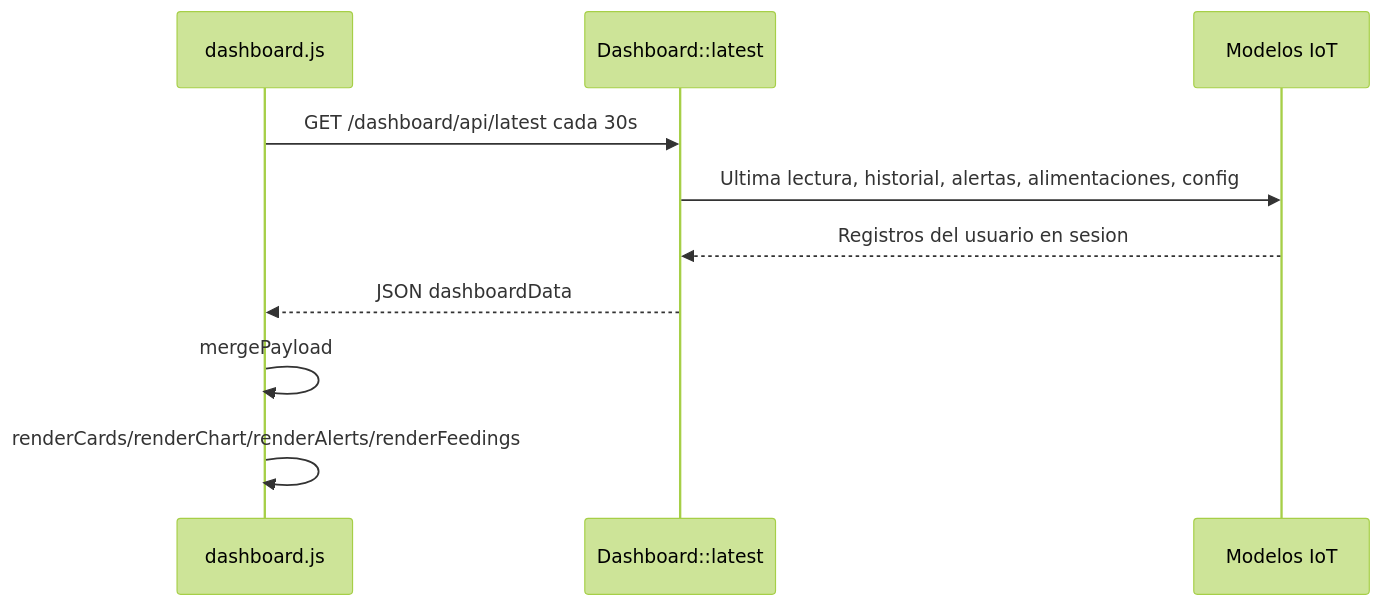
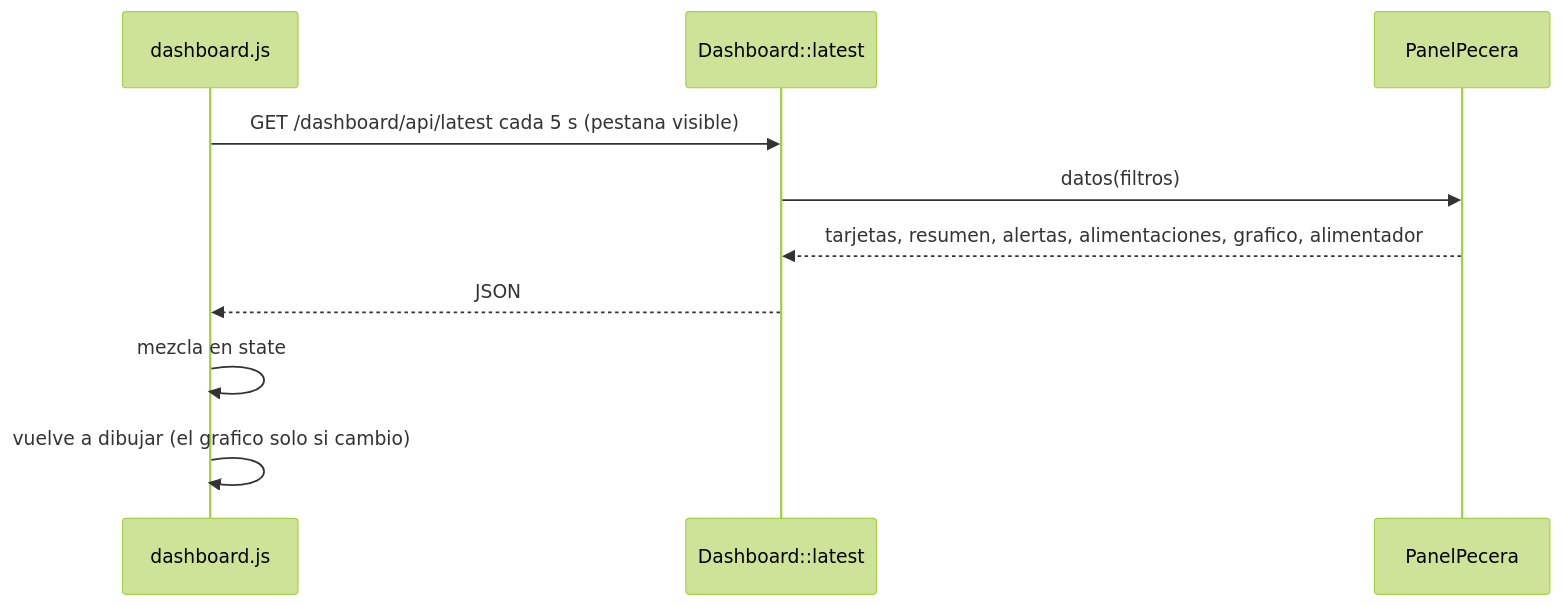
One commit to TuVieja22/AquaControl changed the fourth of 6 diagrams in FRONTEND_DOCUMENTACION.md. Above: the diagram before and after it, drawn with Mermaid (forest theme). The commit also changed other lines of this file and 10 other files, not shown here.

````diff
--- a/FRONTEND_DOCUMENTACION.md
+++ b/FRONTEND_DOCUMENTACION.md
@@ -504,12 +481,12 @@
 ```mermaid
 sequenceDiagram
     participant F as dashboard.js
     participant API as Dashboard::latest
-    participant DB as Modelos IoT
-    F->>API: GET /dashboard/api/latest cada 30s
-    API->>DB: Ultima lectura, historial, alertas, alimentaciones, config
-    DB-->>API: Registros del usuario en sesion
-    API-->>F: JSON dashboardData
-    F->>F: mergePayload
-    F->>F: renderCards/renderChart/renderAlerts/renderFeedings
+    participant P as PanelPecera
+    F->>API: GET /dashboard/api/latest cada 5 s (pestana visible)
+    API->>P: datos(filtros)
+    P-->>API: tarjetas, resumen, alertas, alimentaciones, grafico, alimentador
+    API-->>F: JSON
+    F->>F: mezcla en state
+    F->>F: vuelve a dibujar (el grafico solo si cambio)
 ```
````
